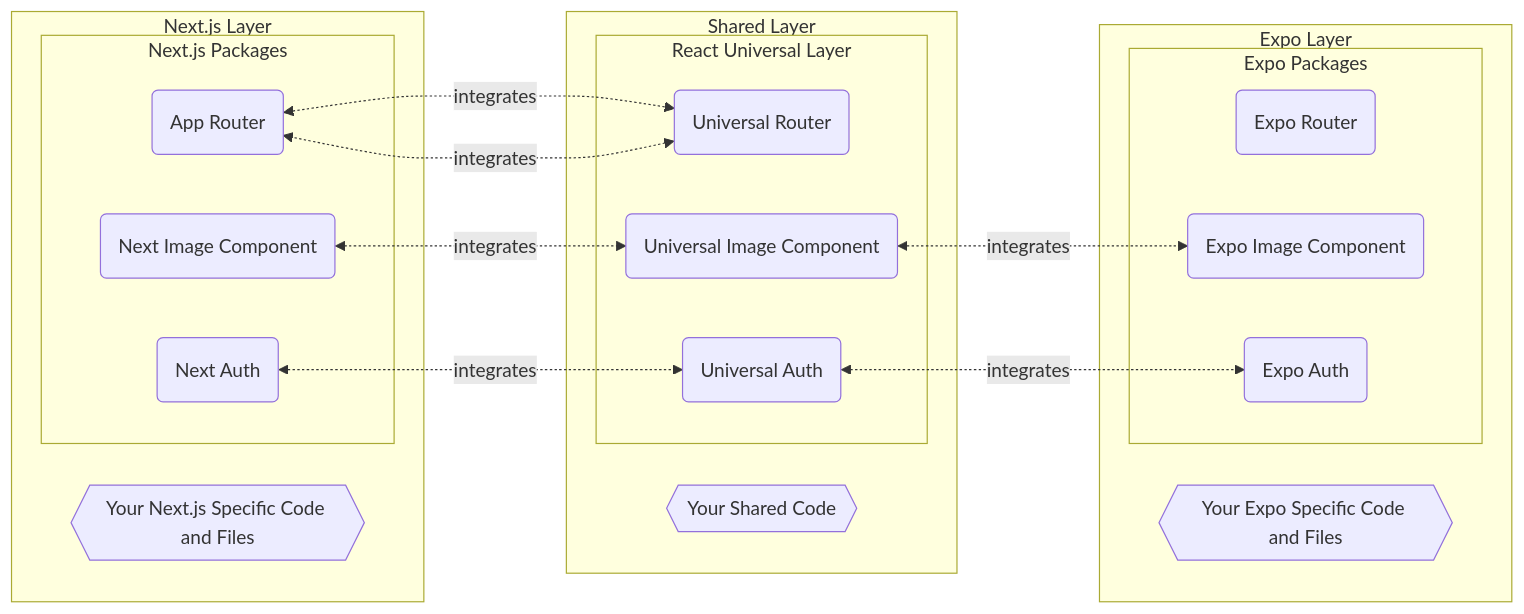
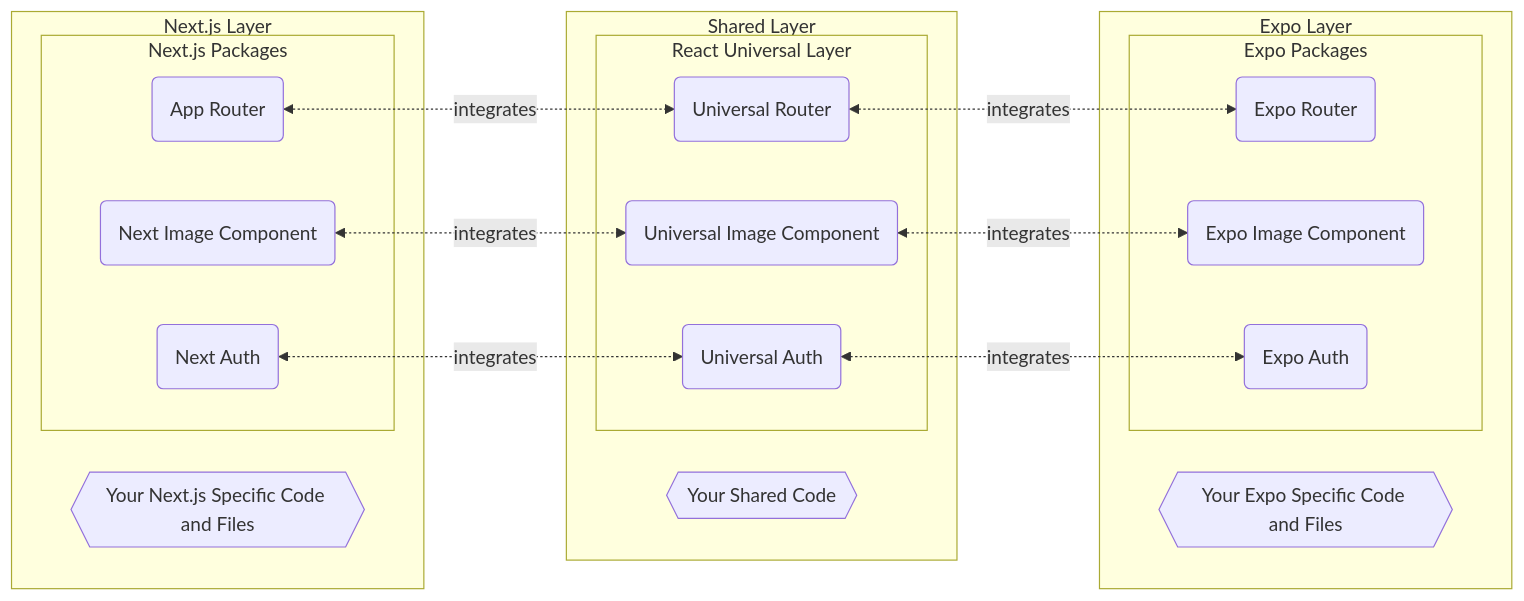
The diagram in README.md (gloredo/react-blend), drawn with Mermaid before and after one commit.

````diff
--- a/README.md
+++ b/README.md
@@ -43,49 +43,49 @@
 ```mermaid
 graph LR
 
 next-specific{{Your Next.js Specific Code and Files}}
 app-router(App Router)
 next-image(Next Image Component)
 next-auth(Next Auth)
 
 expo-specific{{Your Expo Specific Code and Files}}
 expo-router(Expo Router)
 expo-image(Expo Image Component)
 expo-auth(Expo Auth)
 
 shared-code{{Your Shared Code}}
 rul-router(Universal Router)    
 rul-image(Universal Image Component)    
 rul-auth(Universal Auth)
 
 subgraph Next.js Layer
     next-specific
     subgraph Next.js Packages
         app-router 
         next-image 
         next-auth
     end
 end
 
 subgraph Expo Layer
     expo-specific
     subgraph Expo Packages
         expo-router 
         expo-image
         expo-auth
     end
 end
 
 subgraph Shared Layer
     shared-code
     subgraph React Universal Layer
         rul-router 
         rul-image 
         rul-auth
     end 
 end
 
-app-router <-. integrates .-> rul-router <-. integrates .-> app-router
+app-router <-. integrates .-> rul-router <-. integrates .-> expo-router
 next-image <-. integrates .-> rul-image <-. integrates .-> expo-image
 next-auth <-. integrates .-> rul-auth <-. integrates .-> expo-auth
 ```
````
